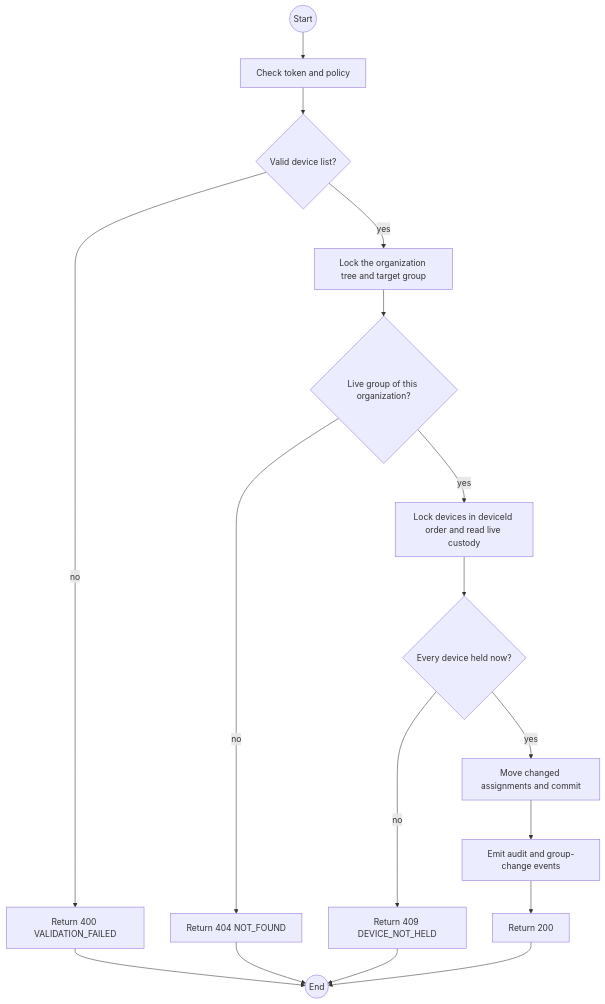
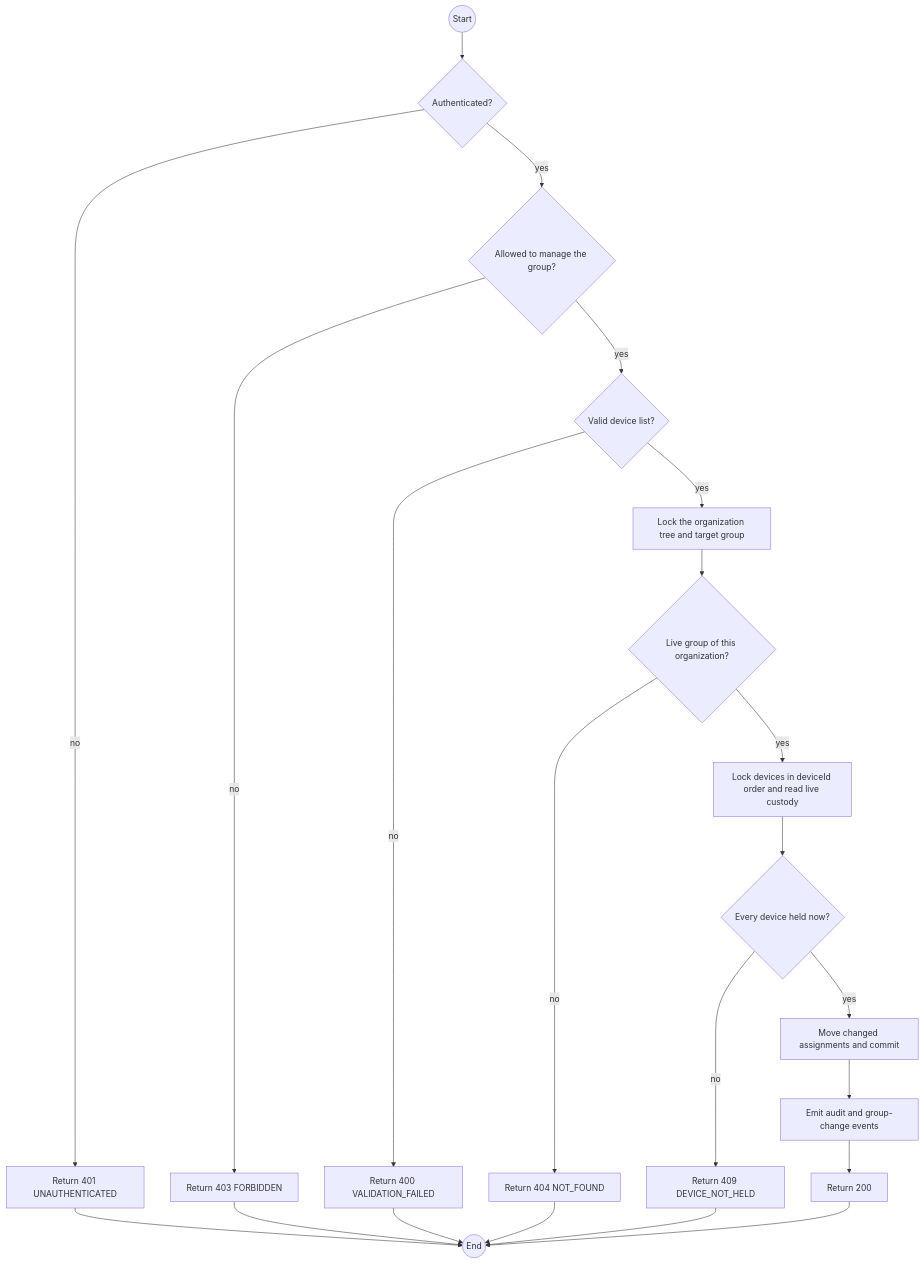
One commit to TrekLink-Team/treklink-web changed the first of 2 diagrams in specs/rentals/api-design/26-post-groups-id-devices.md. Above: the diagram before and after it, drawn with Mermaid. The commit also changed 144 other files, not shown here.

````diff
--- a/specs/rentals/api-design/26-post-groups-id-devices.md
+++ b/specs/rentals/api-design/26-post-groups-id-devices.md
@@ -188,19 +188,24 @@
 ```mermaid
 flowchart TB
-    S((Start)) --> A["Check token and policy"]
-    A --> B{"Valid device list?"}
+    S((Start)) --> A{"Authenticated?"}
+    A -->|no| E401["Return 401 UNAUTHENTICATED"]
+    A -->|yes| P{"Allowed to manage the group?"}
+    P -->|no| E403["Return 403 FORBIDDEN"]
+    P -->|yes| B{"Valid device list?"}
     B -->|no| E400["Return 400 VALIDATION_FAILED"]
     B -->|yes| G["Lock the organization tree and target group"]
     G --> L{"Live group of this organization?"}
     L -->|no| E404["Return 404 NOT_FOUND"]
     L -->|yes| D["Lock devices in deviceId order and read live custody"]
     D --> H{"Every device held now?"}
     H -->|no| E409["Return 409 DEVICE_NOT_HELD"]
     H -->|yes| W["Move changed assignments and commit"]
     W --> V["Emit audit and group-change events"]
     V --> OK["Return 200"]
-    E400 --> Z((End))
+    E401 --> Z((End))
+    E403 --> Z
+    E400 --> Z
     E404 --> Z
     E409 --> Z
     OK --> Z
 ```
````
